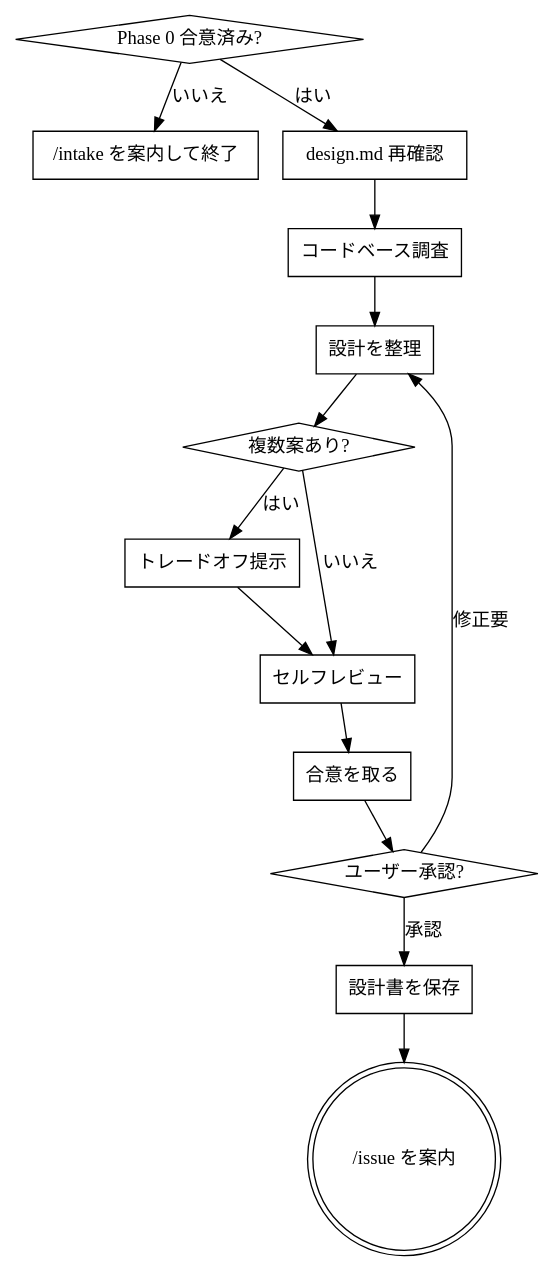
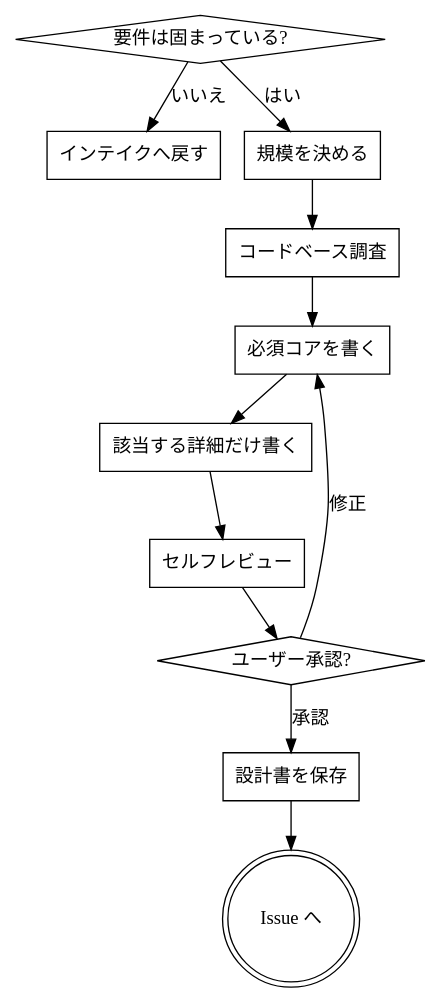
Before and after one commit to miyaRY777/hobby-matching-app: the first of 2 diagrams in .claude/skills/design/SKILL.md, drawn with Graphviz. The commit also changed other lines of this file, not shown here.

First line of the commit message:
docs: design スキルをフレームワーク非依存へ改善

````diff
--- a/.claude/skills/design/SKILL.md
+++ b/.claude/skills/design/SKILL.md
@@ -24,30 +36,25 @@
 ```dot
 digraph design {
-    "Phase 0 合意済み?" [shape=diamond];
-    "/intake を案内して終了" [shape=box];
-    "design.md 再確認" [shape=box];
+    "要件は固まっている?" [shape=diamond];
+    "インテイクへ戻す" [shape=box];
+    "規模を決める" [shape=box];
     "コードベース調査" [shape=box];
-    "設計を整理" [shape=box];
-    "複数案あり?" [shape=diamond];
-    "トレードオフ提示" [shape=box];
+    "必須コアを書く" [shape=box];
+    "該当する詳細だけ書く" [shape=box];
     "セルフレビュー" [shape=box];
-    "合意を取る" [shape=box];
     "ユーザー承認?" [shape=diamond];
     "設計書を保存" [shape=box];
-    "/issue を案内" [shape=doublecircle];
+    "Issue へ" [shape=doublecircle];
 
-    "Phase 0 合意済み?" -> "/intake を案内して終了" [label="いいえ"];
-    "Phase 0 合意済み?" -> "design.md 再確認" [label="はい"];
-    "design.md 再確認" -> "コードベース調査";
-    "コードベース調査" -> "設計を整理";
-    "設計を整理" -> "複数案あり?";
-    "複数案あり?" -> "トレードオフ提示" [label="はい"];
-    "複数案あり?" -> "セルフレビュー" [label="いいえ"];
-    "トレードオフ提示" -> "セルフレビュー";
-    "セルフレビュー" -> "合意を取る";
-    "合意を取る" -> "ユーザー承認?";
-    "ユーザー承認?" -> "設計を整理" [label="修正要"];
+    "要件は固まっている?" -> "インテイクへ戻す" [label="いいえ"];
+    "要件は固まっている?" -> "規模を決める" [label="はい"];
+    "規模を決める" -> "コードベース調査";
+    "コードベース調査" -> "必須コアを書く";
+    "必須コアを書く" -> "該当する詳細だけ書く";
+    "該当する詳細だけ書く" -> "セルフレビュー";
+    "セルフレビュー" -> "ユーザー承認?";
+    "ユーザー承認?" -> "必須コアを書く" [label="修正"];
     "ユーザー承認?" -> "設計書を保存" [label="承認"];
-    "設計書を保存" -> "/issue を案内";
+    "設計書を保存" -> "Issue へ";
 }
 ```
````
